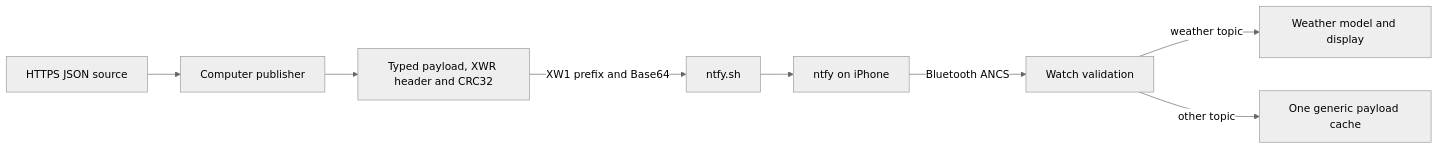
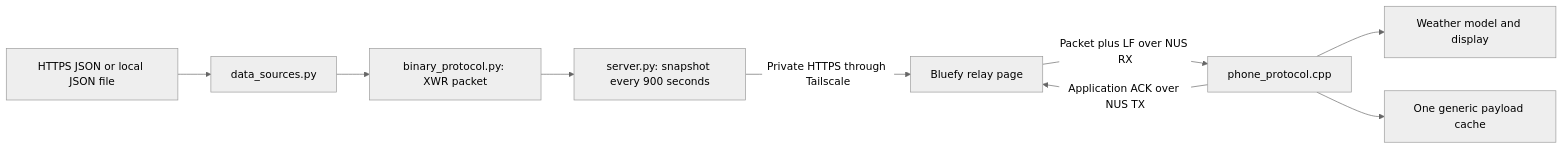
The diagram in relay/README.md (baolgn/smartWatch), drawn with Mermaid (neutral theme) before and after one commit. The commit also changed other lines of this file and 35 other files, not shown here.

Commit message:
feat(relay)!: replace notification delivery with Bluefy and Tailscale

````diff
--- a/relay/README.md
+++ b/relay/README.md
@@ -7,10 +7,11 @@
 ```mermaid
 flowchart LR
-    source[HTTPS JSON source] --> publisher[Computer publisher]
-    publisher --> packet[Typed payload, XWR header and CRC32]
-    packet -->|XW1 prefix and Base64| ntfy[ntfy.sh]
-    ntfy --> phone[ntfy on iPhone]
-    phone -->|Bluetooth ANCS| receiver[Watch validation]
-    receiver -->|weather topic| forecast[Weather model and display]
-    receiver -->|other topic| cache[One generic payload cache]
+    source[HTTPS JSON or local JSON file] --> validation[data_sources.py]
+    validation --> packet[binary_protocol.py: XWR packet]
+    packet --> server[server.py: snapshot every 900 seconds]
+    server -->|Private HTTPS through Tailscale| phone[Bluefy relay page]
+    phone -->|Packet plus LF over NUS RX| parser[phone_protocol.cpp]
+    parser --> weather[Weather model and display]
+    parser --> generic[One generic payload cache]
+    parser -->|Application ACK over NUS TX| phone
 ```
````
